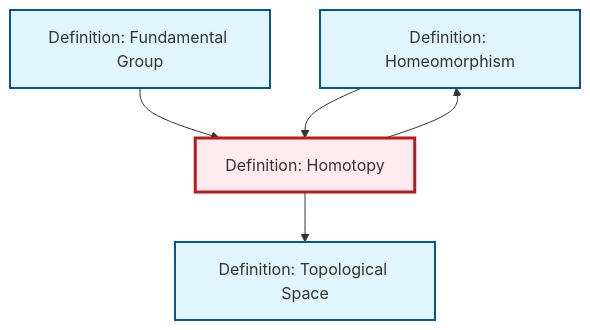
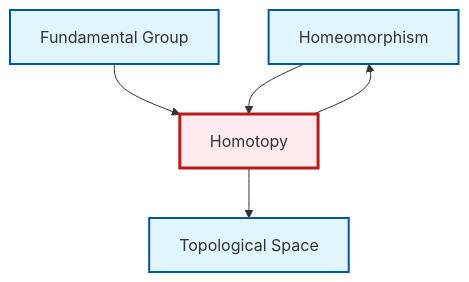
The diagram in output/mermaid/en/def-homotopy.mermaid (RK0429/ModernMath), drawn with Mermaid before and after one commit. The commit also changed 3157 other files, not shown here.

```diff
--- a/output/mermaid/en/def-homotopy.mermaid
+++ b/output/mermaid/en/def-homotopy.mermaid
@@ -1,15 +1,15 @@
 graph TD
     classDef definition fill:#e1f5fe,stroke:#01579b,stroke-width:2px
     classDef theorem fill:#f3e5f5,stroke:#4a148c,stroke-width:2px
     classDef axiom fill:#fff3e0,stroke:#e65100,stroke-width:2px
     classDef example fill:#e8f5e9,stroke:#1b5e20,stroke-width:2px
     classDef current fill:#ffebee,stroke:#b71c1c,stroke-width:3px
-    def-homeomorphism["Definition: Homeomorphism"]:::definition
-    def-fundamental-group["Definition: Fundamental Group"]:::definition
-    def-topological-space["Definition: Topological Space"]:::definition
-    def-homotopy["Definition: Homotopy"]:::definition
+    def-homeomorphism["Homeomorphism"]:::definition
+    def-fundamental-group["Fundamental Group"]:::definition
+    def-topological-space["Topological Space"]:::definition
+    def-homotopy["Homotopy"]:::definition
     def-homotopy --> def-homeomorphism
     def-fundamental-group --> def-homotopy
+    def-homeomorphism --> def-homotopy
     def-homotopy --> def-topological-space
-    def-homeomorphism --> def-homotopy
     class def-homotopy current
```
